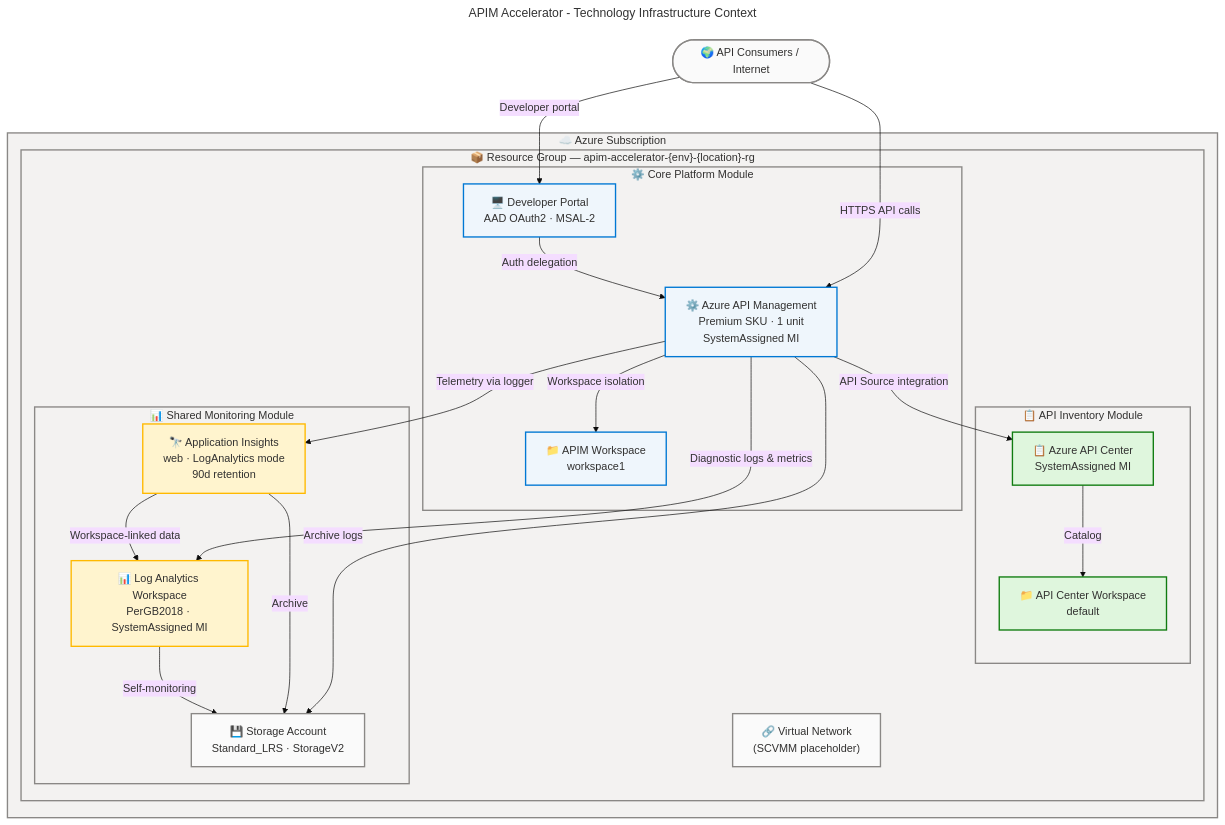
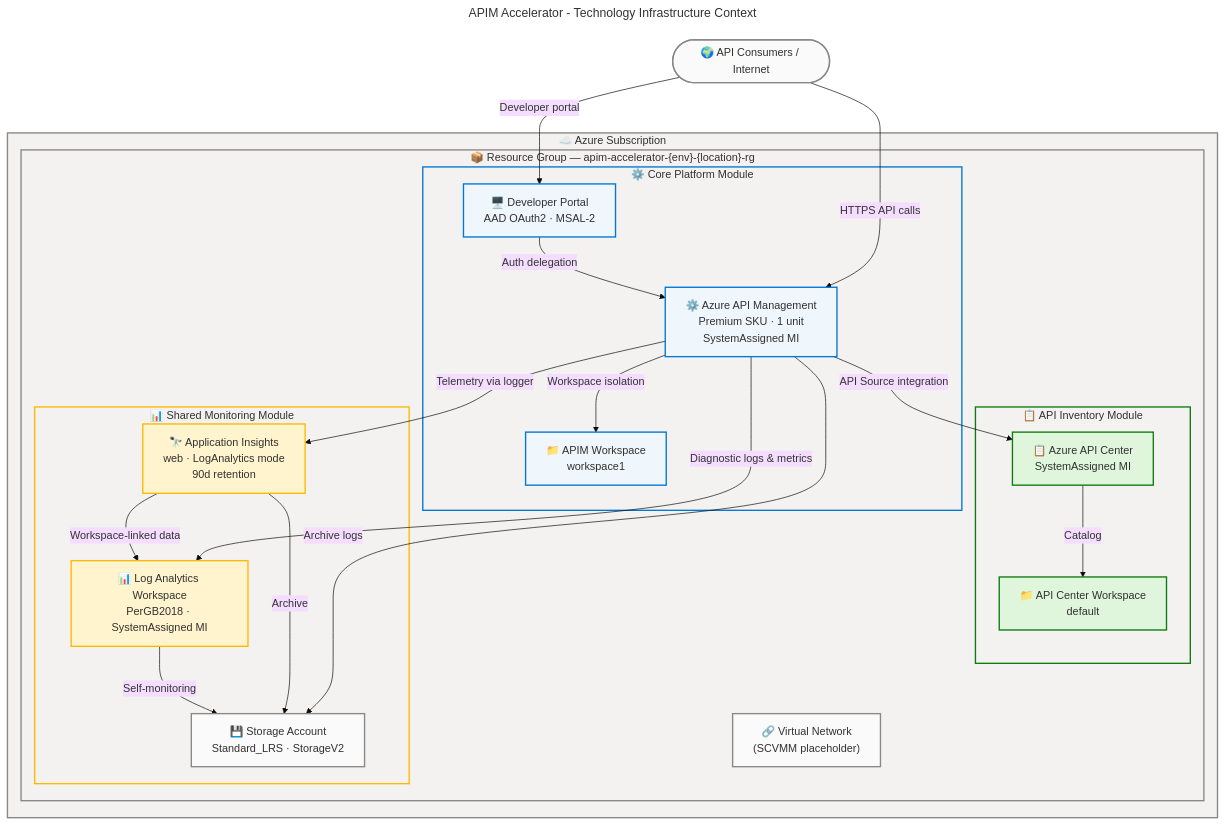
One commit to Evilazaro/APIM-Accelerator changed the first of 2 diagrams in docs/architecture/technology-architecture.md. Above: the diagram before and after it, drawn with Mermaid. The commit also changed 3 other files, not shown here.

Commit message:
style: update flowchart colors for consistency and improved clarity across architecture documentation

````diff
--- a/docs/architecture/technology-architecture.md
+++ b/docs/architecture/technology-architecture.md
@@ -277,79 +277,79 @@
 ```mermaid
 ---
 title: "APIM Accelerator - Technology Infrastructure Context"
 config:
   theme: base
   look: classic
   layout: dagre
   themeVariables:
     fontSize: '16px'
   flowchart:
     htmlLabels: true
 ---
 flowchart TB
     accTitle: APIM Accelerator Technology Infrastructure Context
     accDescr: Shows all 23 Azure technology components organized within the resource group and their primary connectivity relationships
 
     %% ═══════════════════════════════════════════════════════════════════════════
     %% AZURE / FLUENT ARCHITECTURE PATTERN v1.1
     %% (Semantic + Structural + Font + Accessibility Governance)
     %% ═══════════════════════════════════════════════════════════════════════════
     %% PHASE 1 - FLUENT UI: All styling uses approved Fluent UI palette only
     %% PHASE 2 - GROUPS: Every subgraph has semantic color via style directive
     %% PHASE 3 - COMPONENTS: Every node has semantic classDef + icon prefix
     %% PHASE 4 - ACCESSIBILITY: accTitle/accDescr present, WCAG AA contrast
     %% PHASE 5 - STANDARD: Governance block present, classDefs centralized
     %% ═══════════════════════════════════════════════════════════════════════════
 
     Internet(["🌍 API Consumers / Internet"]):::neutral
 
     subgraph AzSub["☁️ Azure Subscription"]
         subgraph RG["📦 Resource Group — apim-accelerator-{env}-{location}-rg"]
 
             subgraph CorePlatform["⚙️ Core Platform Module"]
                 APIM["⚙️ Azure API Management\nPremium SKU · 1 unit\nSystemAssigned MI"]:::core
                 DevPortal["🖥️ Developer Portal\nAAD OAuth2 · MSAL-2"]:::core
                 WS["📁 APIM Workspace\nworkspace1"]:::core
             end
 
             subgraph Inventory["📋 API Inventory Module"]
                 APICenter["📋 Azure API Center\nSystemAssigned MI"]:::success
                 APICWorkspace["📁 API Center Workspace\ndefault"]:::success
             end
 
             subgraph SharedMon["📊 Shared Monitoring Module"]
                 LAW["📊 Log Analytics Workspace\nPerGB2018 · SystemAssigned MI"]:::warning
                 AppIns["🔭 Application Insights\nweb · LogAnalytics mode\n90d retention"]:::warning
                 StorageAcct["💾 Storage Account\nStandard_LRS · StorageV2"]:::neutral
             end
 
             VNet["🔗 Virtual Network\n(SCVMM placeholder)"]:::neutral
         end
     end
 
     Internet -->|HTTPS API calls| APIM
     Internet -->|Developer portal| DevPortal
     DevPortal -->|Auth delegation| APIM
     APIM -->|Workspace isolation| WS
     APIM -->|API Source integration| APICenter
     APICenter -->|Catalog| APICWorkspace
     APIM -->|Diagnostic logs & metrics| LAW
     APIM -->|Telemetry via logger| AppIns
     APIM -->|Archive logs| StorageAcct
     AppIns -->|Workspace-linked data| LAW
     AppIns -->|Archive| StorageAcct
     LAW -->|Self-monitoring| StorageAcct
 
     %% Centralized classDefs — AZURE/FLUENT v1.1 canonical palette — WCAG AA compliant
     classDef core fill:#EFF6FC,stroke:#0078D4,stroke-width:2px,color:#323130
     classDef success fill:#DFF6DD,stroke:#107C10,stroke-width:2px,color:#323130
     classDef warning fill:#FFF4CE,stroke:#FFB900,stroke-width:2px,color:#323130
     classDef neutral fill:#FAFAFA,stroke:#8A8886,stroke-width:2px,color:#323130
 
     %% Subgraph styling (no class directive on subgraphs — use style)
     style AzSub fill:#F3F2F1,stroke:#8A8886,stroke-width:2px,color:#323130
     style RG fill:#F3F2F1,stroke:#8A8886,stroke-width:2px,color:#323130
-    style CorePlatform fill:#F3F2F1,stroke:#8A8886,stroke-width:2px,color:#323130
-    style Inventory fill:#F3F2F1,stroke:#8A8886,stroke-width:2px,color:#323130
-    style SharedMon fill:#F3F2F1,stroke:#8A8886,stroke-width:2px,color:#323130
+    style CorePlatform fill:#F3F2F1,stroke:#0078D4,stroke-width:2px,color:#323130
+    style Inventory fill:#F3F2F1,stroke:#107C10,stroke-width:2px,color:#323130
+    style SharedMon fill:#F3F2F1,stroke:#FFB900,stroke-width:2px,color:#323130
 ```
````
